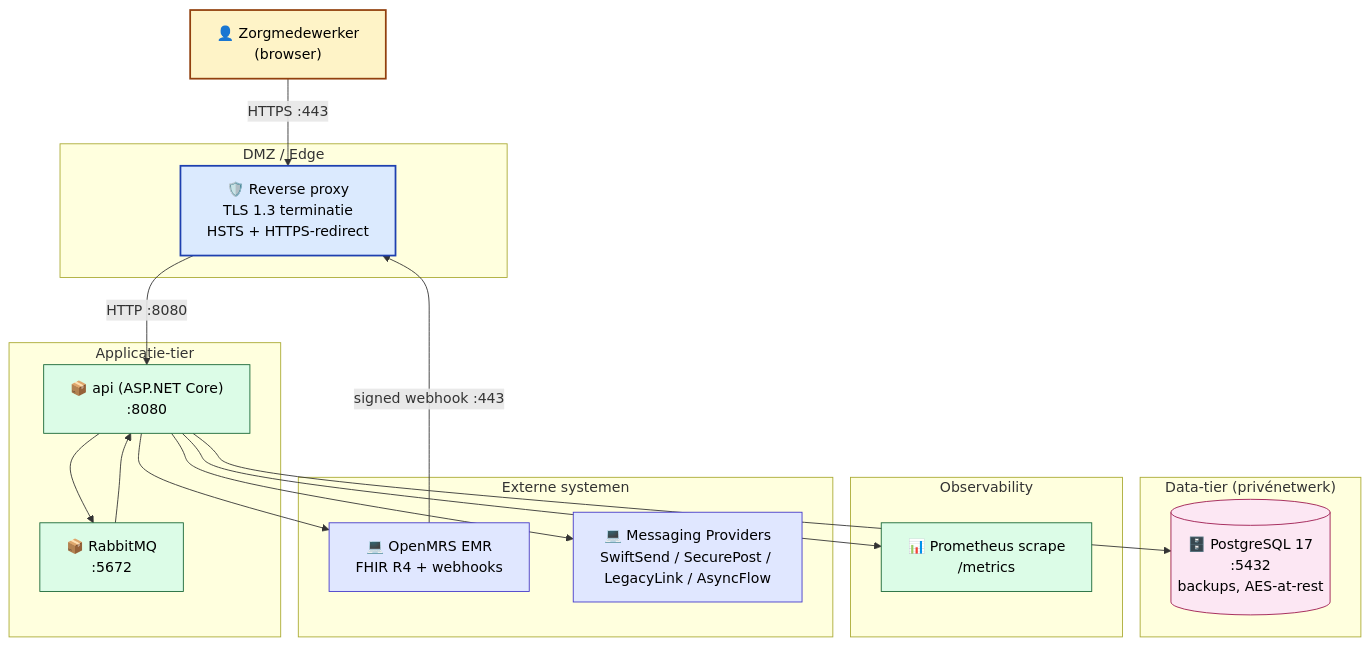
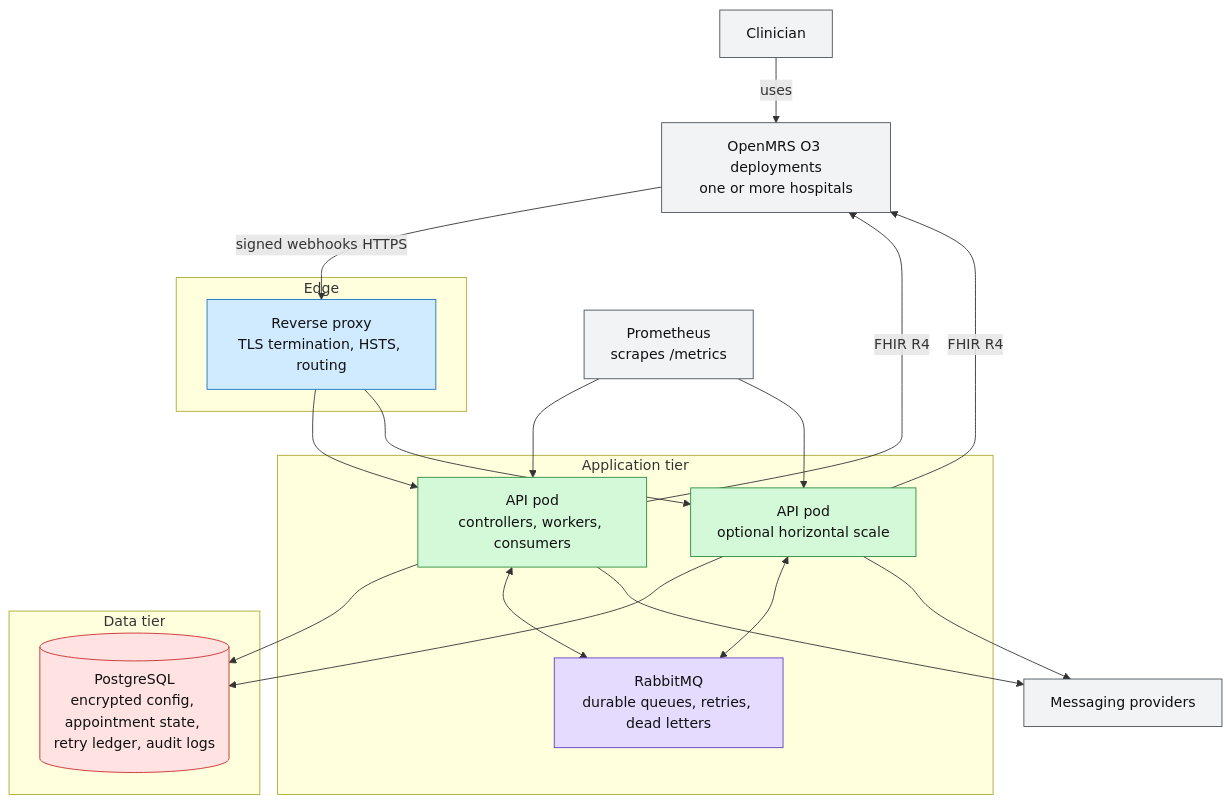
One commit to Rishyansyal/OpenMRSmoduleBackend changed the second of 2 diagrams in docs/c4/09-deployment.md. Above: the diagram before and after it, drawn with Mermaid. The commit also changed other lines of this file and 160 other files, not shown here.

````diff
--- a/docs/c4/09-deployment.md
+++ b/docs/c4/09-deployment.md
@@ -64,42 +34,43 @@
 ```mermaid
 flowchart TB
-    classDef extuser fill:#fef3c7,stroke:#92400e,stroke-width:2px,color:#000
-    classDef edge fill:#dbeafe,stroke:#1e40af,stroke-width:2px,color:#000
-    classDef pod fill:#dcfce7,stroke:#166534,stroke-width:1px,color:#000
-    classDef db fill:#fce7f3,stroke:#9d174d,stroke-width:1px,color:#000
-    classDef ext fill:#e0e7ff,stroke:#4338ca,stroke-width:1px,color:#000
+    classDef edge fill:#d0ebff,stroke:#1971c2,color:#111
+    classDef app fill:#d3f9d8,stroke:#2b8a3e,color:#111
+    classDef db fill:#ffe3e3,stroke:#c92a2a,color:#111
+    classDef queue fill:#e5dbff,stroke:#5f3dc4,color:#111
+    classDef ext fill:#f1f3f5,stroke:#495057,color:#111
 
-    Zorg["👤 Zorgmedewerker<br/>(browser)"]:::extuser
+    clinician["Clinician"]:::ext
+    openmrs["OpenMRS O3 deployments<br/>one or more hospitals"]:::ext
+    providers["Messaging providers"]:::ext
 
-    subgraph DMZ["DMZ / Edge"]
-        LB["🛡️ Reverse proxy<br/>TLS 1.3 terminatie<br/>HSTS + HTTPS-redirect"]:::edge
+    subgraph edge["Edge"]
+        proxy["Reverse proxy<br/>TLS termination, HSTS, routing"]:::edge
     end
 
-    subgraph App["Applicatie-tier"]
-        APIpod["📦 api (ASP.NET Core)<br/>:8080"]:::pod
-        Bus["📦 RabbitMQ<br/>:5672"]:::pod
+    subgraph app["Application tier"]
+        api1["API pod<br/>controllers, workers, consumers"]:::app
+        api2["API pod<br/>optional horizontal scale"]:::app
+        rabbit["RabbitMQ<br/>durable queues, retries, dead letters"]:::queue
     end
 
-    subgraph Data["Data-tier (privénetwerk)"]
-        PG[("🗄️ PostgreSQL 17<br/>:5432<br/>backups, AES-at-rest")]:::db
+    subgraph data["Data tier"]
+        pg[("PostgreSQL<br/>encrypted config, appointment state, retry ledger, audit logs")]:::db
     end
 
-    subgraph Obs["Observability"]
-        Prom["📊 Prometheus scrape<br/>/metrics"]:::pod
-    end
+    prometheus["Prometheus<br/>scrapes /metrics"]:::ext
 
-    subgraph Ext["Externe systemen"]
-        OMRS["💻 OpenMRS EMR<br/>FHIR R4 + webhooks"]:::ext
-        Prov["💻 Messaging Providers<br/>SwiftSend / SecurePost / LegacyLink / AsyncFlow"]:::ext
-    end
-
-    Zorg -->|HTTPS :443| LB
-    LB -->|HTTP :8080| APIpod
-    OMRS -->|signed webhook :443| LB
-    APIpod --> PG
-    APIpod --> Bus
-    Bus --> APIpod
-    APIpod --> OMRS
-    APIpod --> Prov
-    APIpod --> Prom
+    clinician -->|"uses"| openmrs
+    openmrs -->|"signed webhooks HTTPS"| proxy
+    proxy --> api1
+    proxy --> api2
+    api1 --> pg
+    api2 --> pg
+    api1 <--> rabbit
+    api2 <--> rabbit
+    api1 -->|"FHIR R4"| openmrs
+    api2 -->|"FHIR R4"| openmrs
+    api1 --> providers
+    api2 --> providers
+    prometheus --> api1
+    prometheus --> api2
 ```
````
